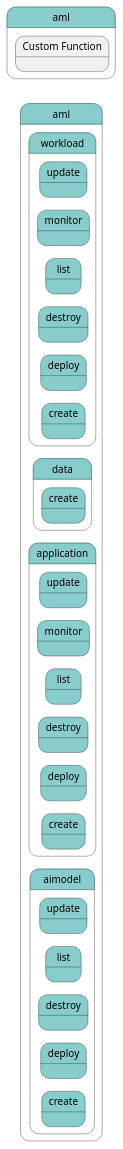
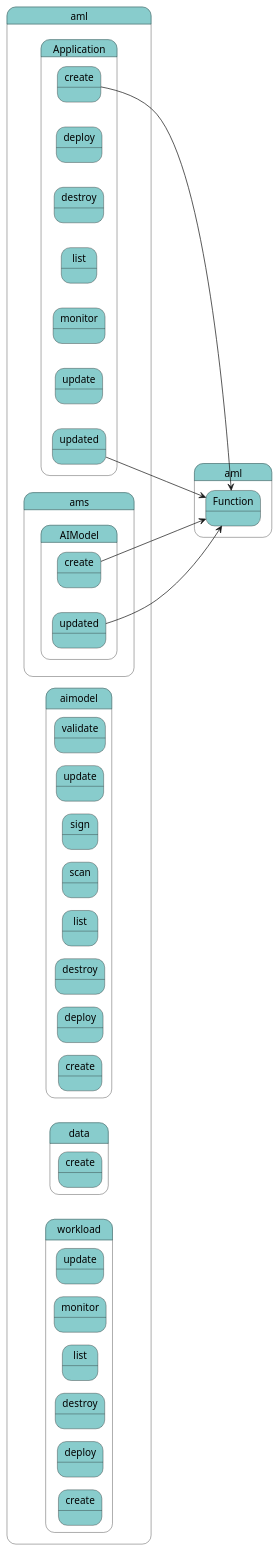
One commit to madajaju/edgemere changed the diagram in docs/edgemere/aml/process.puml. Above: the diagram before and after it, drawn with PlantUML. The commit also changed 909 other files, not shown here.

```diff
--- a/docs/edgemere/aml/process.puml
+++ b/docs/edgemere/aml/process.puml
@@ -45,7 +45,31 @@
 
         state "aml" as aml #88cccc {
 state "aimodel" as amlaimodel #88cccc {
+state "scan" as amlaimodelscan #88cccc {
+}
+}
+}
+
+
+        state "aml" as aml #88cccc {
+state "aimodel" as amlaimodel #88cccc {
+state "sign" as amlaimodelsign #88cccc {
+}
+}
+}
+
+
+        state "aml" as aml #88cccc {
+state "aimodel" as amlaimodel #88cccc {
 state "update" as amlaimodelupdate #88cccc {
+}
+}
+}
+
+
+        state "aml" as aml #88cccc {
+state "aimodel" as amlaimodel #88cccc {
+state "validate" as amlaimodelvalidate #88cccc {
 }
 }
 }
@@ -157,6 +181,70 @@
 
 
 
+        state "aml" as aml #88cccc {
+state "ams" as amlams #88cccc {
+state "AIModel" as amlamsaimodel #88cccc {
+state "create" as amlamsaimodelcreate #88cccc {
+}
+}
+}
+}
+
+        
+    state "aml" as aml #88cccc {
+state "Function" as amlfunction #88cccc {
+}
+}
+
+    amlamsaimodelcreate ---> amlfunction
+  
+
+        state "aml" as aml #88cccc {
+state "ams" as amlams #88cccc {
+state "AIModel" as amlamsaimodel #88cccc {
+state "updated" as amlamsaimodelupdated #88cccc {
+}
+}
+}
+}
+
+        
+    
+    amlamsaimodelupdated ---> amlfunction
+  
+
+        state "aml" as aml #88cccc {
+state "Application" as amlapplication #88cccc {
+state "create" as amlapplicationcreate #88cccc {
+}
+}
+}
+
+        
+    
+    amlapplicationcreate ---> amlfunction
+  
+
+        state "aml" as aml #88cccc {
+state "Application" as amlapplication #88cccc {
+state "updated" as amlapplicationupdated #88cccc {
+}
+}
+}
+
+        
+    
+    amlapplicationupdated ---> amlfunction
+  
 
 
+    
+    
+        
+       
+    
+    
+        
+       
+
 @enduml
```
